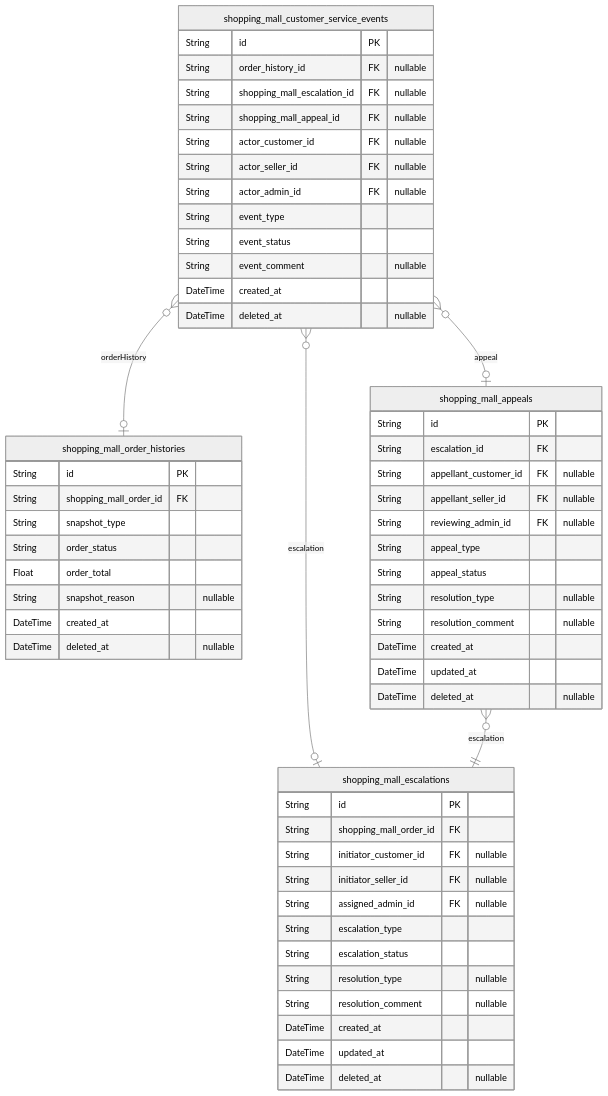
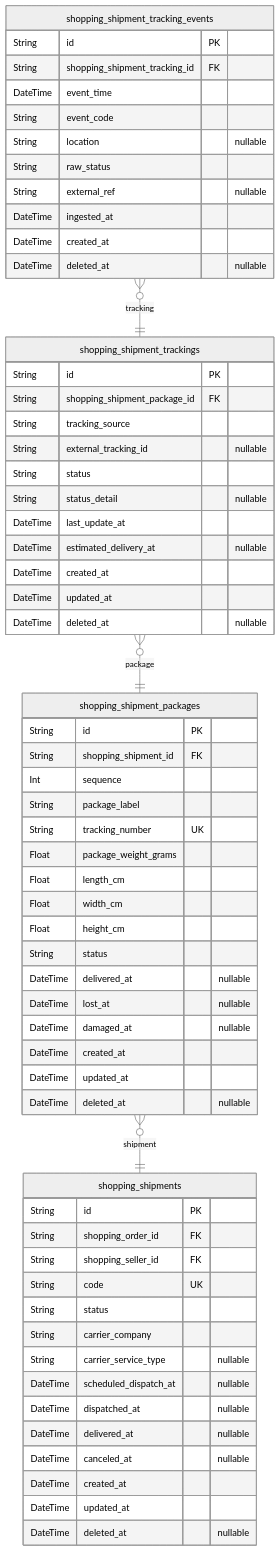
Before and after one commit to wrtnlabs/autobe-examples: the eighth of 12 diagrams in openai/gpt-4.1/shopping/docs/ERD.md, drawn with Mermaid (neutral theme). The commit also changed other lines of this file and 16146 other files, not shown here.

````diff
--- a/openai/gpt-4.1/shopping/docs/ERD.md
+++ b/openai/gpt-4.1/shopping/docs/ERD.md
@@ -1395,59 +1638,65 @@
 ```mermaid
 erDiagram
-"shopping_mall_order_histories" {
+"shopping_shipments" {
   String id PK
-  String shopping_mall_order_id FK
-  String snapshot_type
-  String order_status
-  Float order_total
-  String snapshot_reason "nullable"
-  DateTime created_at
-  DateTime deleted_at "nullable"
-}
-"shopping_mall_customer_service_events" {
-  String id PK
-  String order_history_id FK "nullable"
-  String shopping_mall_escalation_id FK "nullable"
-  String shopping_mall_appeal_id FK "nullable"
-  String actor_customer_id FK "nullable"
-  String actor_seller_id FK "nullable"
-  String actor_admin_id FK "nullable"
-  String event_type
-  String event_status
-  String event_comment "nullable"
-  DateTime created_at
-  DateTime deleted_at "nullable"
-}
-"shopping_mall_escalations" {
-  String id PK
-  String shopping_mall_order_id FK
-  String initiator_customer_id FK "nullable"
-  String initiator_seller_id FK "nullable"
-  String assigned_admin_id FK "nullable"
-  String escalation_type
-  String escalation_status
-  String resolution_type "nullable"
-  String resolution_comment "nullable"
+  String shopping_order_id FK
+  String shopping_seller_id FK
+  String code UK
+  String status
+  String carrier_company
+  String carrier_service_type "nullable"
+  DateTime scheduled_dispatch_at "nullable"
+  DateTime dispatched_at "nullable"
+  DateTime delivered_at "nullable"
+  DateTime canceled_at "nullable"
   DateTime created_at
   DateTime updated_at
   DateTime deleted_at "nullable"
 }
-"shopping_mall_appeals" {
+"shopping_shipment_packages" {
   String id PK
-  String escalation_id FK
-  String appellant_customer_id FK "nullable"
-  String appellant_seller_id FK "nullable"
-  String reviewing_admin_id FK "nullable"
-  String appeal_type
-  String appeal_status
-  String resolution_type "nullable"
-  String resolution_comment "nullable"
+  String shopping_shipment_id FK
+  Int sequence
+  String package_label
+  String tracking_number UK
+  Float package_weight_grams
+  Float length_cm
+  Float width_cm
+  Float height_cm
+  String status
+  DateTime delivered_at "nullable"
+  DateTime lost_at "nullable"
+  DateTime damaged_at "nullable"
   DateTime created_at
   DateTime updated_at
   DateTime deleted_at "nullable"
 }
-"shopping_mall_customer_service_events" }o--o| "shopping_mall_order_histories" : orderHistory
-"shopping_mall_customer_service_events" }o--o| "shopping_mall_escalations" : escalation
-"shopping_mall_customer_service_events" }o--o| "shopping_mall_appeals" : appeal
-"shopping_mall_appeals" }o--|| "shopping_mall_escalations" : escalation
+"shopping_shipment_trackings" {
+  String id PK
+  String shopping_shipment_package_id FK
+  String tracking_source
+  String external_tracking_id "nullable"
+  String status
+  String status_detail "nullable"
+  DateTime last_update_at
+  DateTime estimated_delivery_at "nullable"
+  DateTime created_at
+  DateTime updated_at
+  DateTime deleted_at "nullable"
+}
+"shopping_shipment_tracking_events" {
+  String id PK
+  String shopping_shipment_tracking_id FK
+  DateTime event_time
+  String event_code
+  String location "nullable"
+  String raw_status
+  String external_ref "nullable"
+  DateTime ingested_at
+  DateTime created_at
+  DateTime deleted_at "nullable"
+}
+"shopping_shipment_packages" }o--|| "shopping_shipments" : shipment
+"shopping_shipment_trackings" }o--|| "shopping_shipment_packages" : package
+"shopping_shipment_tracking_events" }o--|| "shopping_shipment_trackings" : tracking
 ```
````
